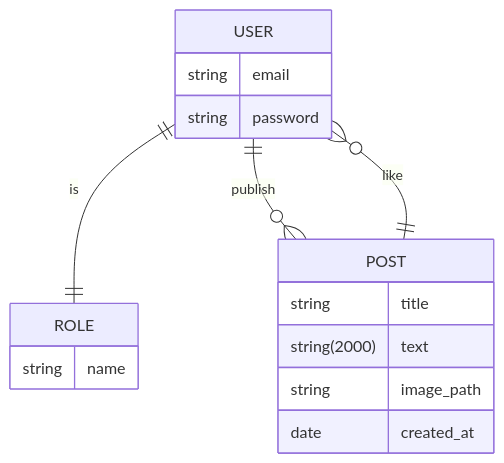
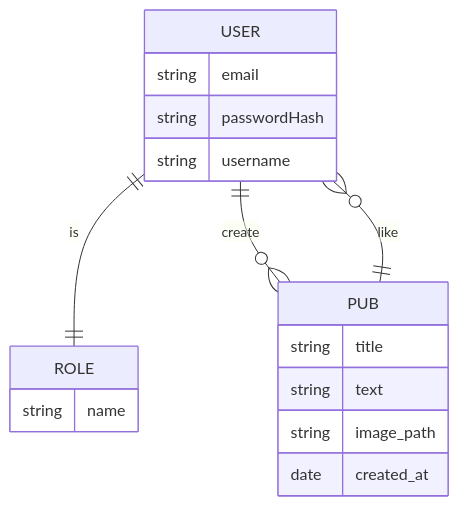
The diagram in README.md (sylvaindethier/afec_social-working-club), drawn with Mermaid before and after one commit. The commit also changed other lines of this file and 7 other files, not shown here.

````diff
--- a/README.md
+++ b/README.md
@@ -38,19 +38,20 @@
 ```mermaid
 erDiagram
 USER ||--|| ROLE: is
-USER ||--o{ POST: publish
-USER }o--|| POST: like
+USER ||--o{ PUB: create
+USER }o--|| PUB: like
 USER {
   string email
-  string password
+  string passwordHash
+  string username
 }
 ROLE {
   string name
 }
-POST {
+PUB {
   string title
-  string(2000) text
+  string text
   string image_path
   date   created_at
 }
 ```
````
